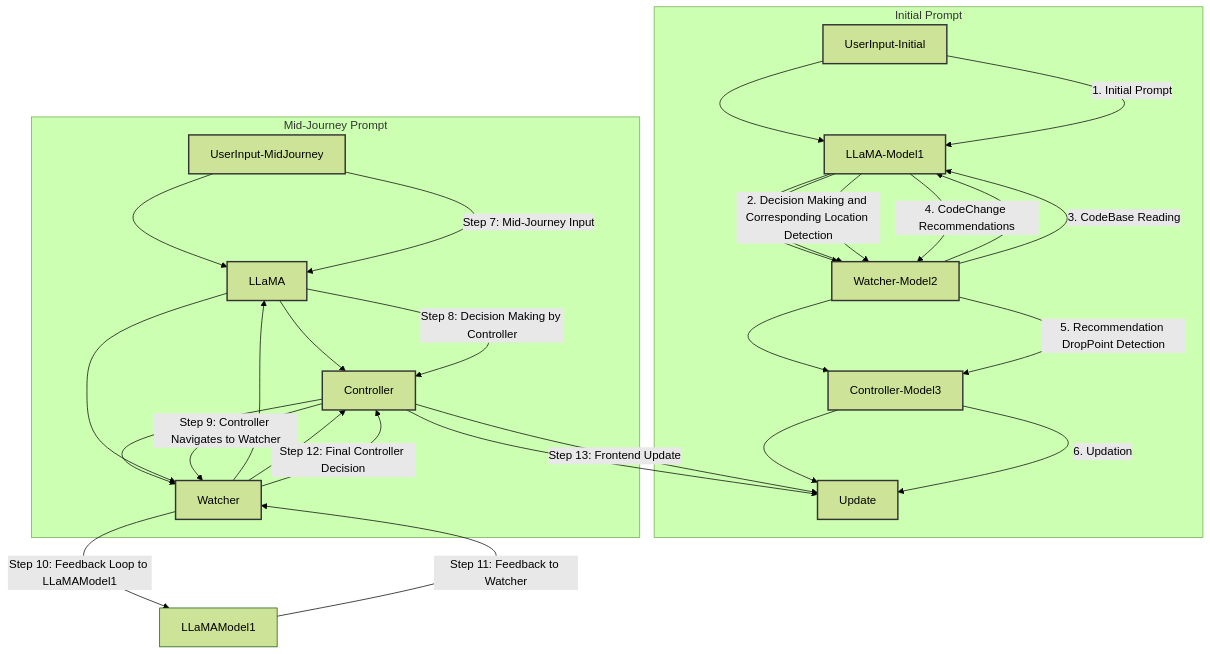
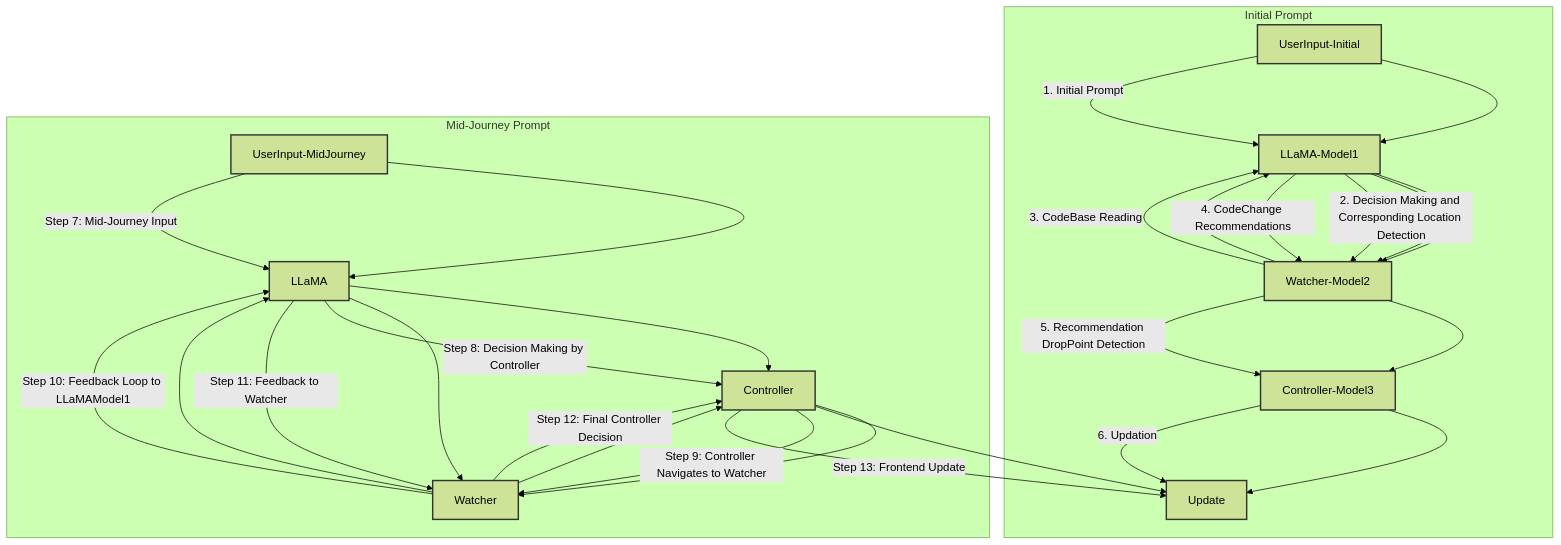
Before and after one commit to gitYourbits/LUCI: the diagram in README.md, drawn with Mermaid (forest theme).

````diff
--- a/README.md
+++ b/README.md
@@ -67,52 +67,52 @@
 ```mermaid
 graph TD
     subgraph Scenario1 [Initial Prompt]
         UserInput-Initial --> LLaMA-Model1
         LLaMA-Model1 --> Watcher-Model2
         Watcher-Model2 --> LLaMA-Model1
         LLaMA-Model1 --> Watcher-Model2
         Watcher-Model2 --> Controller-Model3
         Controller-Model3 --> Update
     end
 
     subgraph Scenario2 [Mid-Journey Prompt]
         UserInput-MidJourney --> LLaMA
         LLaMA --> Controller
         Controller --> Watcher
         Watcher --> LLaMA
         LLaMA --> Watcher
         Watcher --> Controller
         Controller --> Update
     end
 
     %% Adding descriptions to the arrows
     UserInput-Initial -->|1. Initial Prompt| LLaMA-Model1
     LLaMA-Model1 -->|2. Decision Making and Corresponding Location Detection| Watcher-Model2
     Watcher-Model2 -->|3. CodeBase Reading | LLaMA-Model1
     LLaMA-Model1 -->|4. CodeChange Recommendations| Watcher-Model2
     Watcher-Model2 -->|5. Recommendation DropPoint Detection| Controller-Model3
     Controller-Model3 -->|6. Updation| Update
 
     UserInput-MidJourney -->|Step 7: Mid-Journey Input| LLaMA
     LLaMA -->|Step 8: Decision Making by Controller| Controller
     Controller -->|Step 9: Controller Navigates to Watcher| Watcher
-    Watcher -->|Step 10: Feedback Loop to LLaMAModel1| LLaMAModel1
-    LLaMAModel1 -->|Step 11: Feedback to Watcher| Watcher
+    Watcher -->|Step 10: Feedback Loop to LLaMAModel1| LLaMA
+    LLaMA -->|Step 11: Feedback to Watcher| Watcher
     Watcher -->|Step 12: Final Controller Decision| Controller
     Controller -->|Step 13: Frontend Update| Update
 
     classDef startStyle stroke:#333,stroke-width:2px;
     class UserInput-Initial,UserInput-MidJourney startStyle;
 
     classDef llamaStyle stroke:#333,stroke-width:2px;
     class LLaMA-Model1,LLaMA llamaStyle;
 
     classDef watcherStyle stroke:#333,stroke-width:2px;
     class Watcher-Model2,Watcher watcherStyle;
 
     classDef controllerStyle stroke:#333,stroke-width:2px;
     class Controller-Model3,Controller controllerStyle;
 
     classDef endStyle stroke:#333,stroke-width:2px;
     class Update endStyle;
 ```
````
